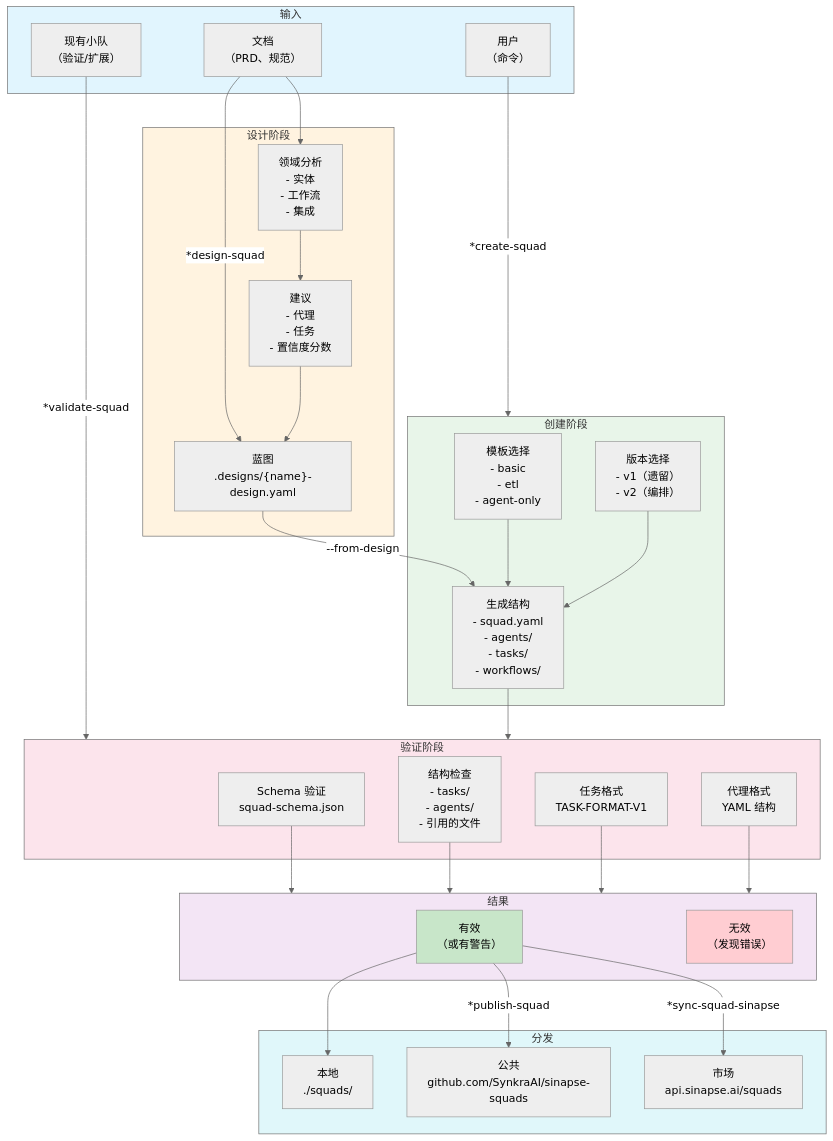
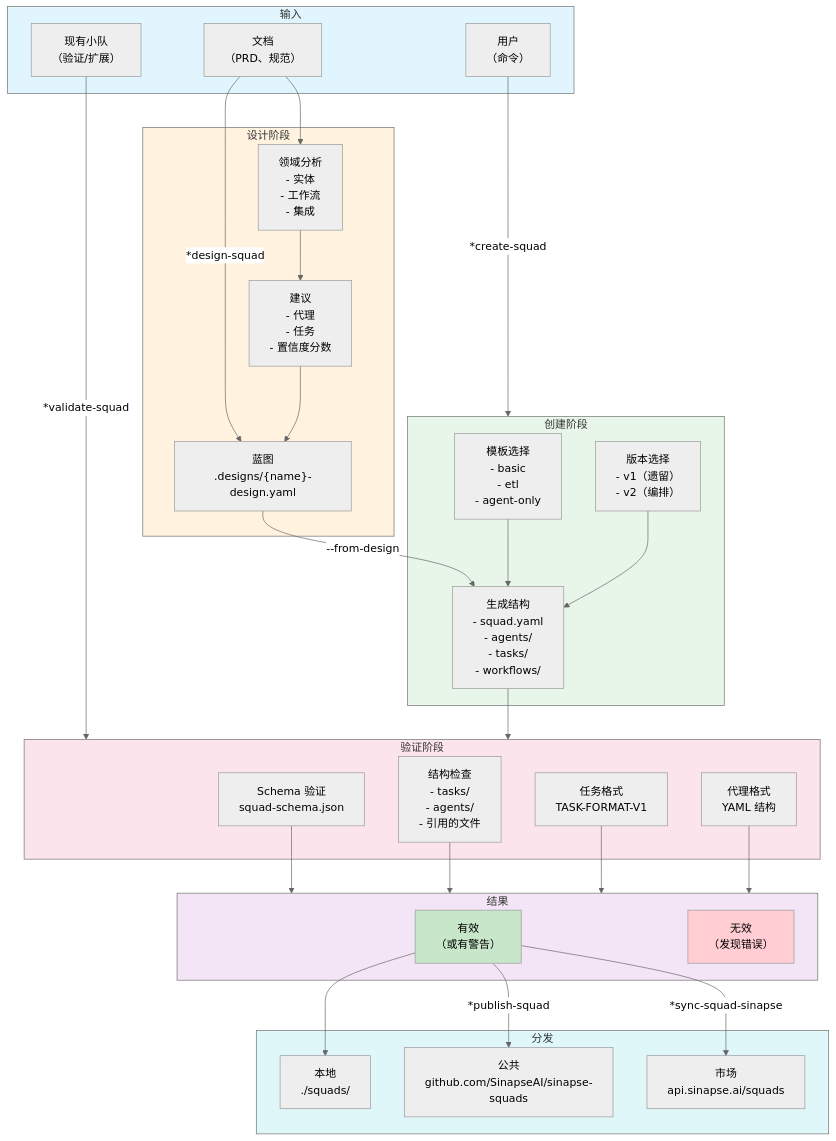
The first of 6 diagrams in docs/zh/sinapse-agent-flows/squad-creator-system.md (caioimori/sinapse-ai), drawn with Mermaid (neutral theme) before and after one commit. The commit also changed other lines of this file and 217 other files, not shown here.

First line of the commit message:
chore: rebrand SynkraAI → SinapseAI across entire codebase

````diff
--- a/docs/zh/sinapse-agent-flows/squad-creator-system.md
+++ b/docs/zh/sinapse-agent-flows/squad-creator-system.md
@@ -113,69 +113,69 @@
 ```mermaid
 flowchart TB
     subgraph INPUTS["输入"]
         DOCS["文档<br/>（PRD、规范）"]
         USER["用户<br/>（命令）"]
         EXISTING["现有小队<br/>（验证/扩展）"]
     end
 
     DOCS -->|"*design-squad"| BLUEPRINT
     USER -->|"*create-squad"| CREATE
     EXISTING -->|"*validate-squad"| VALIDATE
 
     subgraph DESIGN["设计阶段"]
         BLUEPRINT["蓝图<br/>.designs/{name}-design.yaml"]
         ANALYSIS["领域分析<br/>- 实体<br/>- 工作流<br/>- 集成"]
         RECOMMEND["建议<br/>- 代理<br/>- 任务<br/>- 置信度分数"]
     end
 
     DOCS --> ANALYSIS
     ANALYSIS --> RECOMMEND
     RECOMMEND --> BLUEPRINT
 
     subgraph CREATE["创建阶段"]
         TEMPLATE["模板选择<br/>- basic<br/>- etl<br/>- agent-only"]
         VERSION["版本选择<br/>- v1（遗留）<br/>- v2（编排）"]
         GENERATE["生成结构<br/>- squad.yaml<br/>- agents/<br/>- tasks/<br/>- workflows/"]
     end
 
     BLUEPRINT -->|"--from-design"| GENERATE
     TEMPLATE --> GENERATE
     VERSION --> GENERATE
 
     subgraph VALIDATE["验证阶段"]
         SCHEMA["Schema 验证<br/>squad-schema.json"]
         STRUCTURE["结构检查<br/>- tasks/<br/>- agents/<br/>- 引用的文件"]
         TASK_FMT["任务格式<br/>TASK-FORMAT-V1"]
         AGENT_FMT["代理格式<br/>YAML 结构"]
     end
 
     GENERATE --> VALIDATE
     SCHEMA --> RESULT
     STRUCTURE --> RESULT
     TASK_FMT --> RESULT
     AGENT_FMT --> RESULT
 
     subgraph RESULT["结果"]
         VALID["有效<br/>（或有警告）"]
         INVALID["无效<br/>（发现错误）"]
     end
 
     subgraph DISTRIBUTE["分发"]
         LOCAL["本地<br/>./squads/"]
-        PUBLIC["公共<br/>github.com/SynkraAI/sinapse-squads"]
+        PUBLIC["公共<br/>github.com/SinapseAI/sinapse-squads"]
         MARKET["市场<br/>api.sinapse.ai/squads"]
     end
 
     VALID --> LOCAL
     VALID -->|"*publish-squad"| PUBLIC
     VALID -->|"*sync-squad-sinapse"| MARKET
 
     style INPUTS fill:#e1f5fe
     style DESIGN fill:#fff3e0
     style CREATE fill:#e8f5e9
     style VALIDATE fill:#fce4ec
     style RESULT fill:#f3e5f5
     style DISTRIBUTE fill:#e0f7fa
     style VALID fill:#c8e6c9
     style INVALID fill:#ffcdd2
 ```
````
